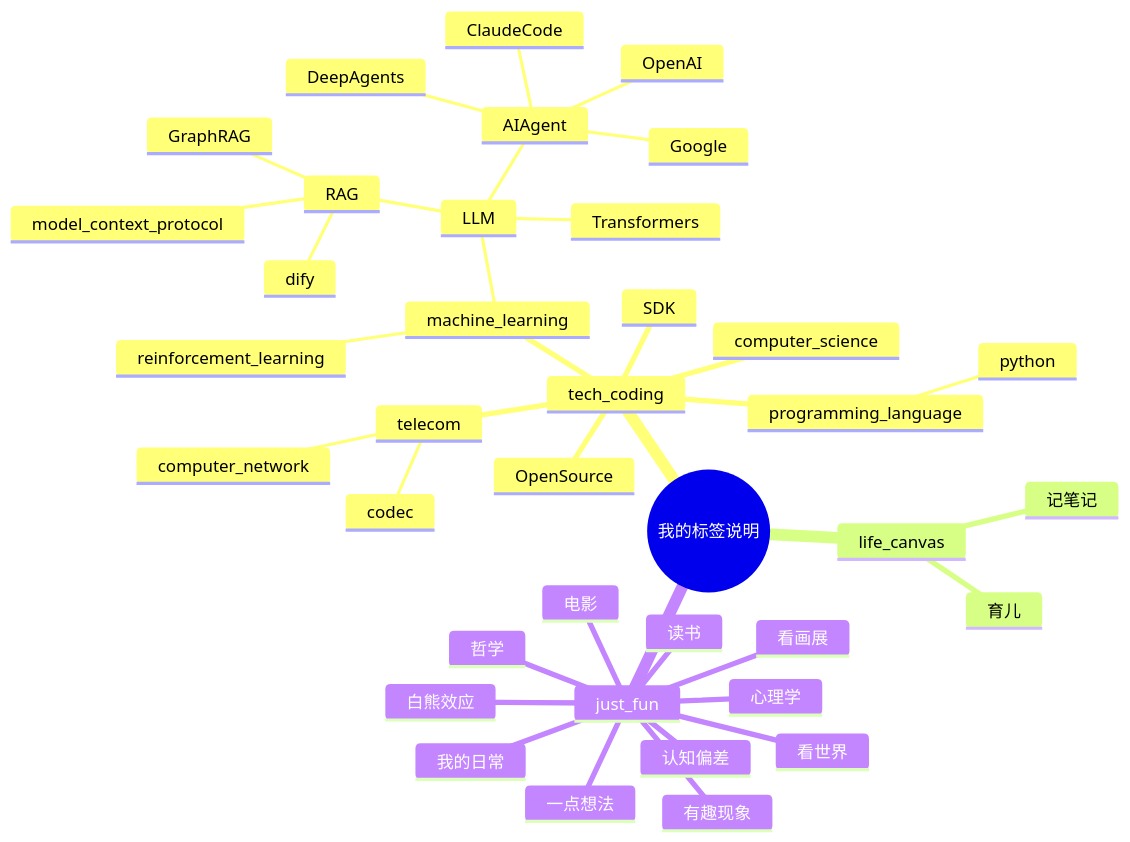
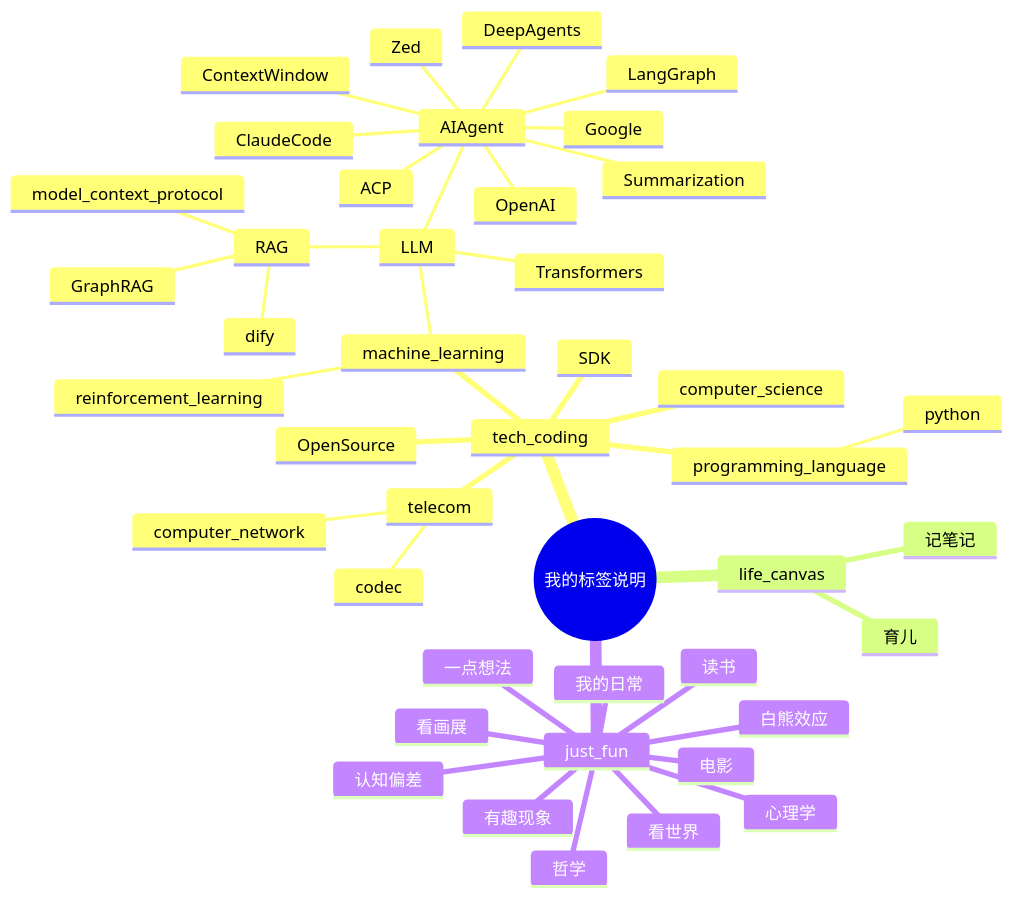
One commit to jovialchen/taomu changed the diagram in tags.md. Above: the diagram before and after it, drawn with Mermaid.

Commit message:
Update tags.md: 添加 ACP, Zed, LangGraph, ContextWindow, Summarization 标签

```diff
--- a/tags.md
+++ b/tags.md
@@ -16,41 +16,46 @@
 <pre class="mermaid">
 mindmap
   root((我的标签说明))
     tech_coding
       computer_science
       telecom
         computer_network
         codec
       machine_learning
         LLM
           Transformers
           RAG
             GraphRAG
             model_context_protocol
             dify
           AIAgent
             DeepAgents
             ClaudeCode
             OpenAI
             Google
+            ACP
+            Zed
+            LangGraph
+            ContextWindow
+            Summarization
         reinforcement_learning
       programming_language
         python
       OpenSource
       SDK
     life_canvas
       记笔记
       育儿
     just_fun
       读书
       电影
       哲学
       看世界
       我的日常
       一点想法
       看画展
       心理学
       认知偏差
       有趣现象
       白熊效应
 </pre>
```
